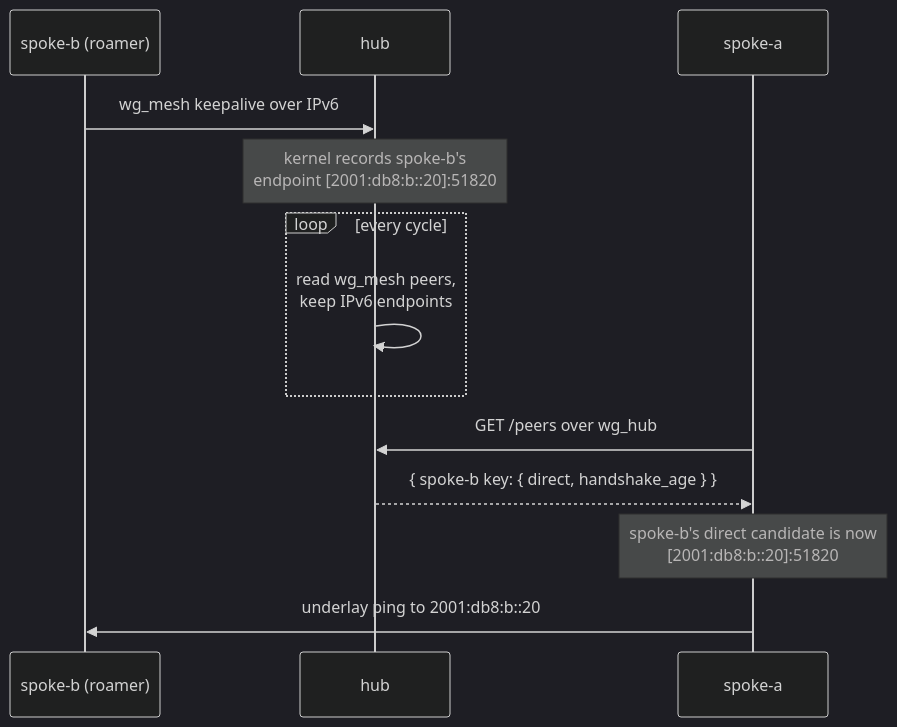
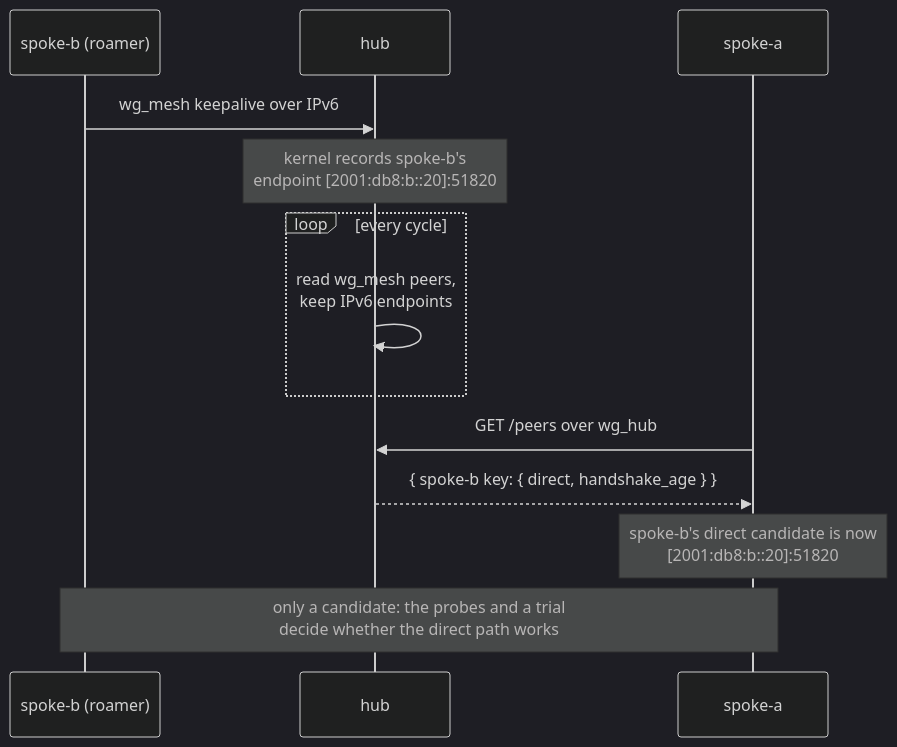
The diagram in docs/explanation/discovery.md (m00qek/wgpathd), drawn with Mermaid (dark theme) before and after one commit. The commit also changed 16 other files, not shown here.

````diff
--- a/docs/explanation/discovery.md
+++ b/docs/explanation/discovery.md
@@ -13,15 +13,15 @@
 ```mermaid
 sequenceDiagram
     participant B as spoke-b (roamer)
     participant H as hub
     participant A as spoke-a
     B->>H: wg_mesh keepalive over IPv6
     Note over H: kernel records spoke-b's<br/>endpoint [2001:db8:b::20]:51820
     loop every cycle
         H->>H: read wg_mesh peers,<br/>keep IPv6 endpoints
     end
     A->>H: GET /peers over wg_hub
     H-->>A: { spoke-b key: { direct, handshake_age } }
     Note over A: spoke-b's direct candidate is now<br/>[2001:db8:b::20]:51820
-    A->>B: underlay ping to 2001:db8:b::20
+    Note over A,B: only a candidate: the probes and a trial<br/>decide whether the direct path works
 ```
````
